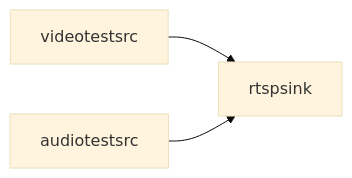
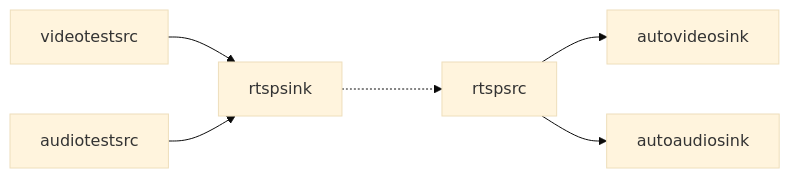
One commit to lankahsu520/HelperX changed diagram 29 of 34 in helper_GStreamer.md. Above: the diagram before and after it, drawn with Mermaid (base theme). The commit also changed other lines of this file, not shown here.

````diff
--- a/helper_GStreamer.md
+++ b/helper_GStreamer.md
@@ -1355,9 +1521,17 @@
 ```mermaid
 flowchart LR
 	audiotestsrc[audiotestsrc]
 	videotestsrc[videotestsrc]
 	rtspsink[rtspsink]
+	rtspsrc[rtspsrc]
+	autovideosink[autovideosink]
+	autoaudiosink[autoaudiosink]
 
 	videotestsrc --> rtspsink
 	audiotestsrc -->rtspsink
+
+	rtspsrc --> autovideosink
+	rtspsrc --> autoaudiosink
+
+	rtspsink ..-> rtspsrc
 ```
````
